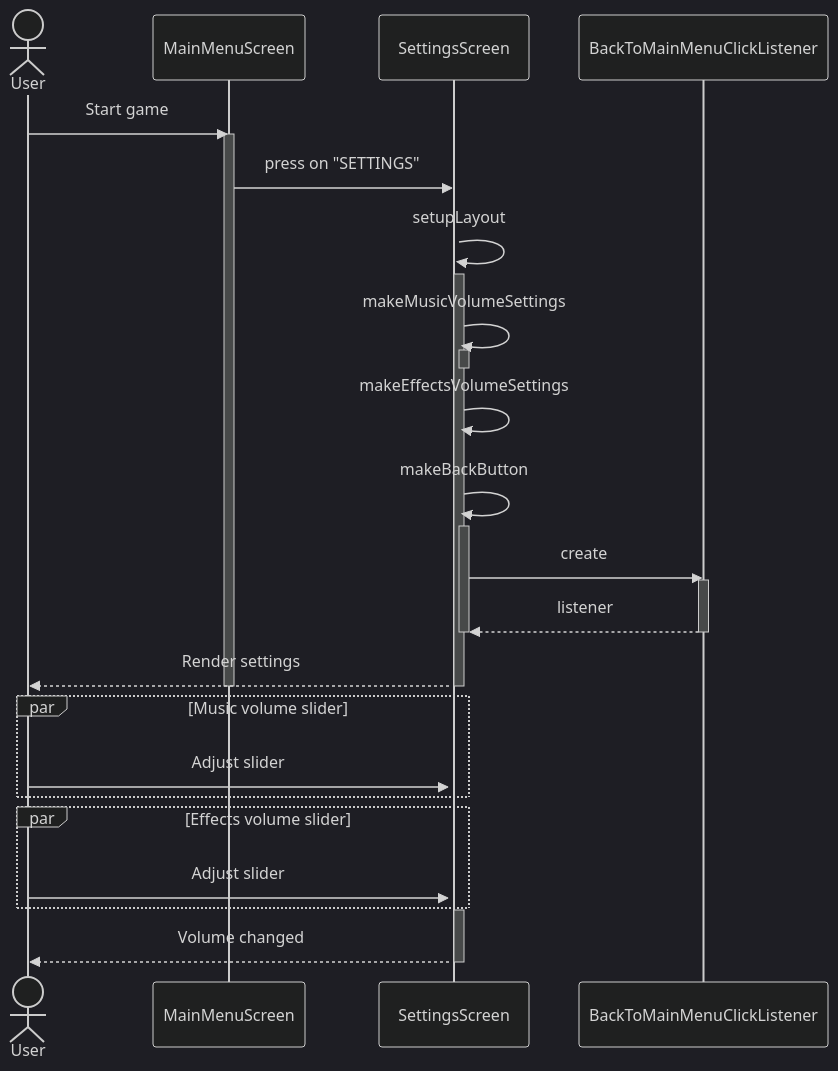
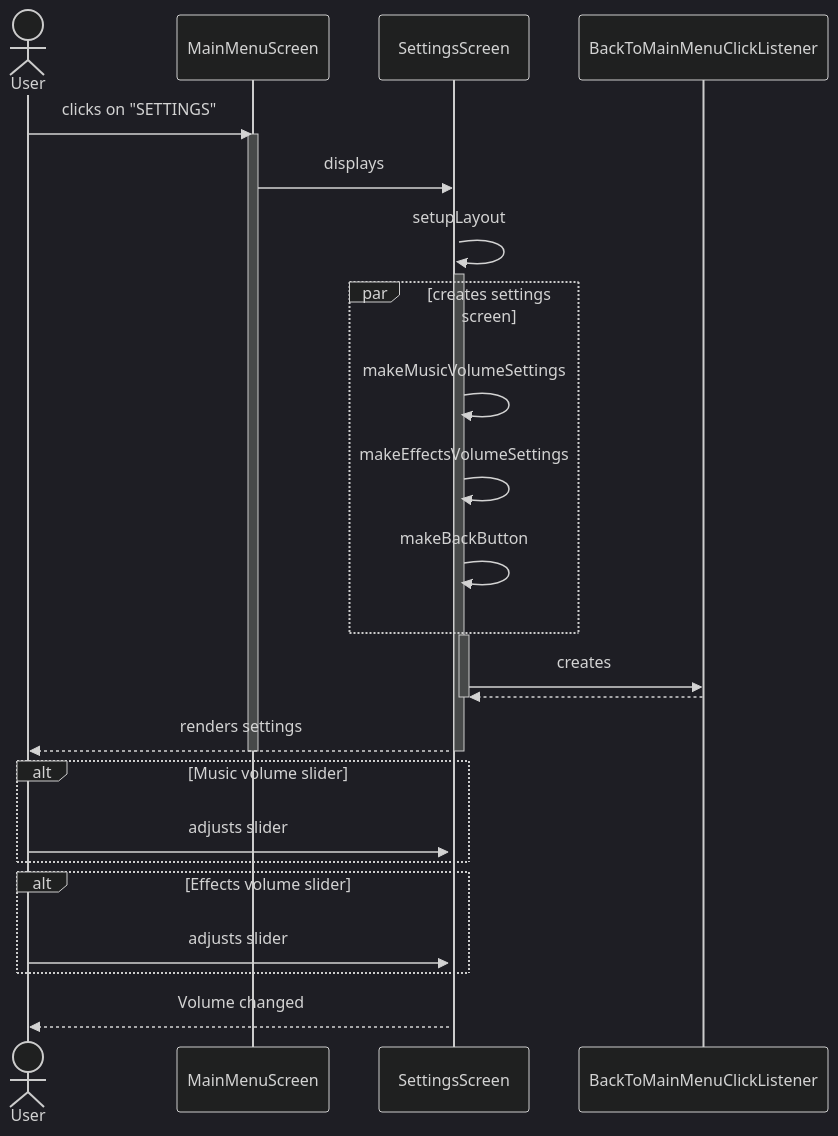
One commit to BIRSAx2/klotski changed the third of 10 diagrams in docs/sequence_diagram/index.md. Above: the diagram before and after it, drawn with Mermaid (dark theme). The commit also changed other lines of this file, not shown here.

Commit message:
Improved internal sequence diagram. Added NextBestMove sequence diagram

````diff
--- a/docs/sequence_diagram/index.md
+++ b/docs/sequence_diagram/index.md
@@ -98,33 +101,40 @@
 ```mermaid
 sequenceDiagram
     actor User
-    User ->> MainMenuScreen: Start game
+    participant MainMenuScreen
+    participant SettingsScreen
+    participant BackToMainMenuClickListener
+
+    User ->> MainMenuScreen: clicks on "SETTINGS"
     activate MainMenuScreen
-    MainMenuScreen ->> SettingsScreen: press on "SETTINGS"
+    MainMenuScreen ->> SettingsScreen: displays
     activate SettingsScreen
     SettingsScreen ->> SettingsScreen: setupLayout
     activate SettingsScreen
-    SettingsScreen ->> SettingsScreen: makeMusicVolumeSettings
+
+    par creates settings screen
+        SettingsScreen ->> SettingsScreen: makeMusicVolumeSettings
+        SettingsScreen ->> SettingsScreen: makeEffectsVolumeSettings
+        SettingsScreen ->> SettingsScreen: makeBackButton
+    end
+
     activate SettingsScreen
+    SettingsScreen ->> BackToMainMenuClickListener: creates
+    BackToMainMenuClickListener -->> SettingsScreen: 
     deactivate SettingsScreen
-    SettingsScreen ->> SettingsScreen: makeEffectsVolumeSettings
-    SettingsScreen ->> SettingsScreen: makeBackButton
-    activate SettingsScreen
-    SettingsScreen ->> BackToMainMenuClickListener: create
-    activate BackToMainMenuClickListener
-    BackToMainMenuClickListener -->> SettingsScreen: listener
-    deactivate BackToMainMenuClickListener
-    deactivate SettingsScreen
-    SettingsScreen -->> User: Render settings;
+
+    SettingsScreen -->> User: renders settings
     deactivate SettingsScreen
     deactivate MainMenuScreen
-    par Music volume slider
-        User ->> SettingsScreen: Adjust slider
+    
+    alt Music volume slider
+        User ->> SettingsScreen: adjusts slider
     end
-    par Effects volume slider
-        User ->> SettingsScreen: Adjust slider
+
+    alt Effects volume slider
+        User ->> SettingsScreen: adjusts slider
     end
-    activate SettingsScreen
+
     SettingsScreen -->> User: Volume changed
-    deactivate SettingsScreen
+
 ```
````
